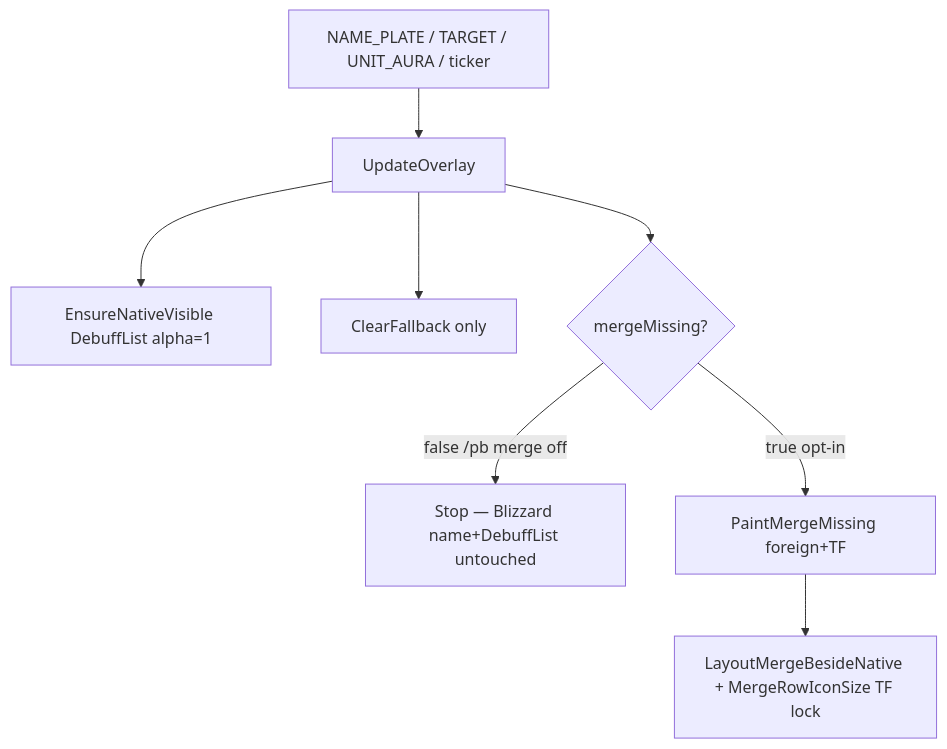
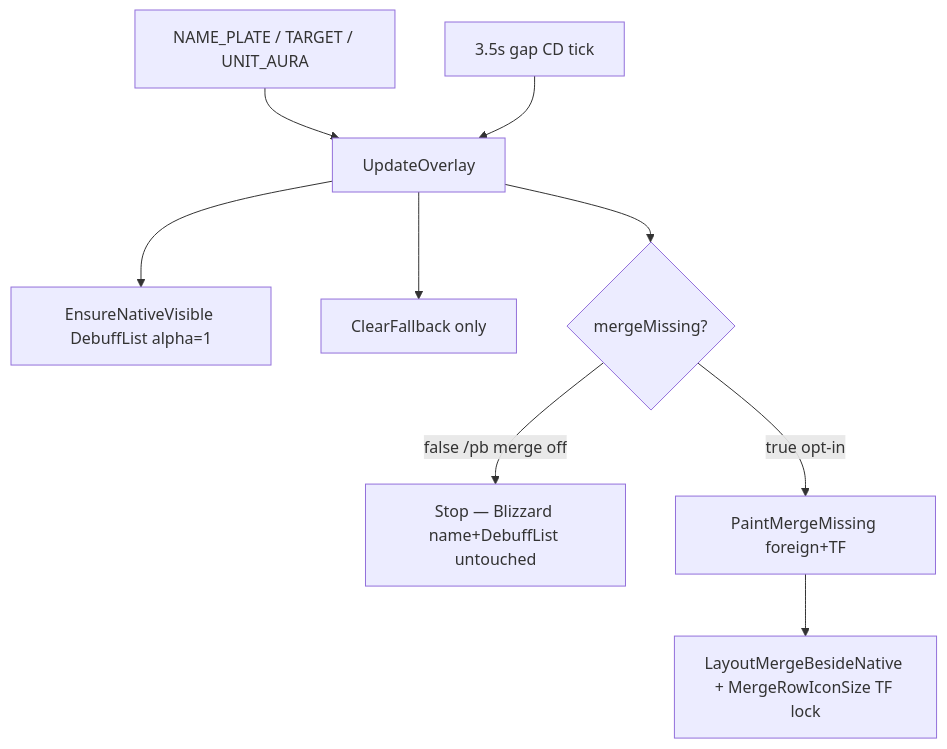
One commit to sirTurbisCZ/wow-forever-addons changed the diagram in addons/Plateband/Docs/loops.md. Above: the diagram before and after it, drawn with Mermaid. The commit also changed other lines of this file and 4 other files, not shown here.

````diff
--- a/addons/Plateband/Docs/loops.md
+++ b/addons/Plateband/Docs/loops.md
@@ -9,10 +9,11 @@
 ```mermaid
 flowchart TD
-  ev[NAME_PLATE / TARGET / UNIT_AURA / ticker] --> upd[UpdateOverlay]
+  ev[NAME_PLATE / TARGET / UNIT_AURA] --> upd[UpdateOverlay]
+  tick[3.5s gap CD tick] --> upd
   upd --> native[EnsureNativeVisible DebuffList alpha=1]
   upd --> clear[ClearFallback only]
   upd --> mergeFlag{mergeMissing?}
   mergeFlag -->|false /pb merge off| stop[Stop — Blizzard name+DebuffList untouched]
   mergeFlag -->|true opt-in| paint[PaintMergeMissing foreign+TF]
   paint --> layout[LayoutMergeBesideNative + MergeRowIconSize TF lock]
 ```
````
